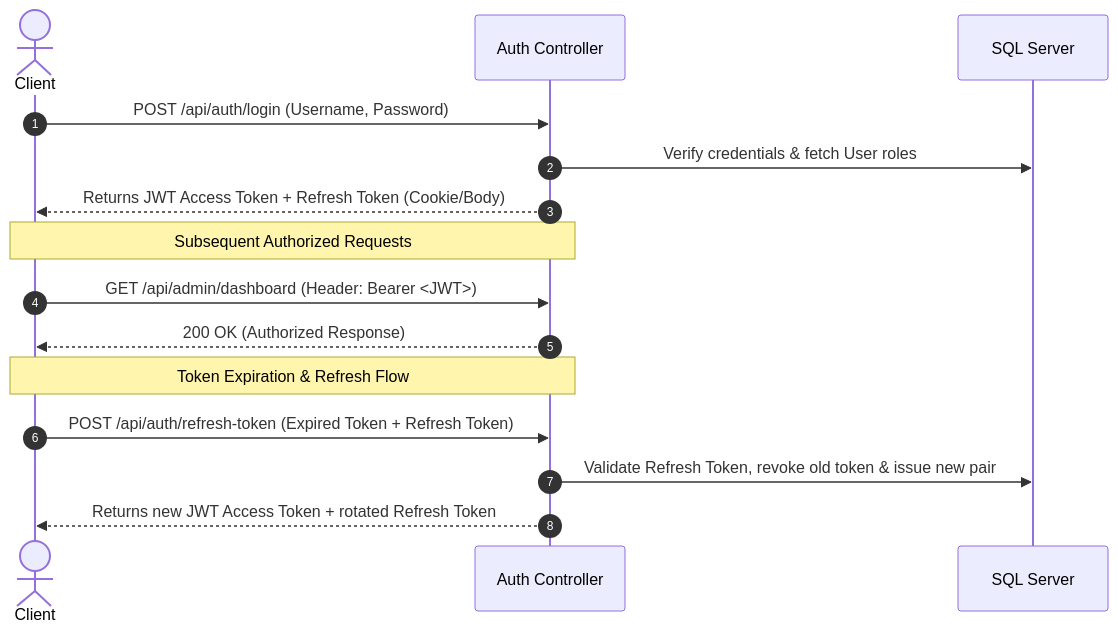
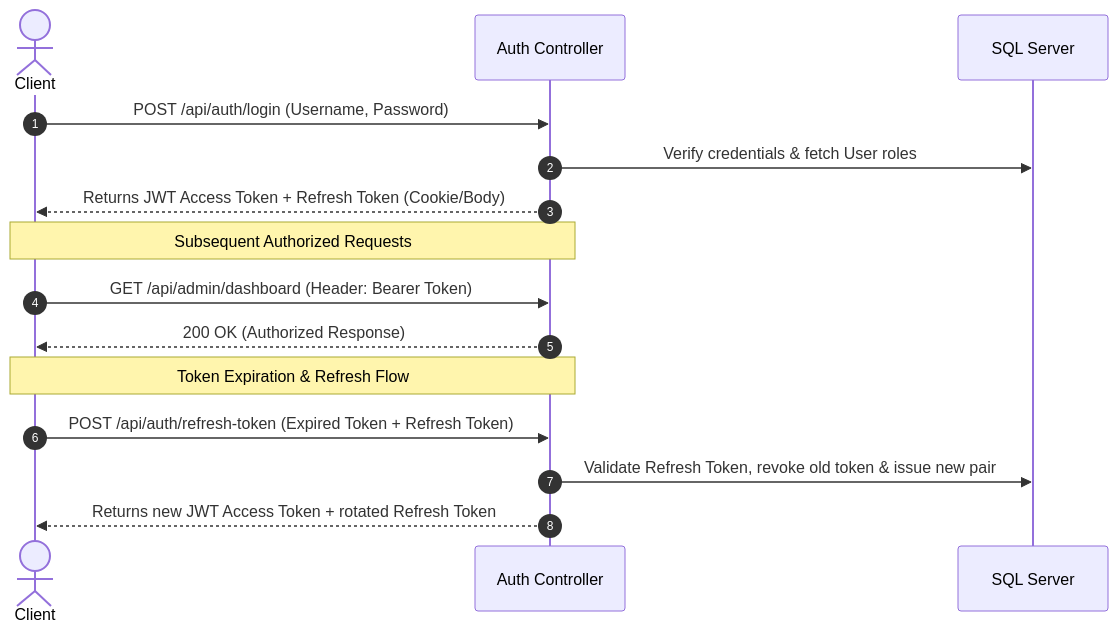
The third of 3 diagrams in README.md (Bhaviik-5202/ASP.NET_Core_Lab_Solutions), drawn with Mermaid before and after one commit. The commit also changed other lines of this file, not shown here.

Commit message:
Docs - Add Comprehensive Curriculum README and Architecture Roadmap

````diff
--- a/README.md
+++ b/README.md
@@ -228,20 +245,20 @@
 ```mermaid
 sequenceDiagram
     autonumber
     actor Client
     participant AuthAPI as Auth Controller
     participant DB as SQL Server
     
     Client->>AuthAPI: POST /api/auth/login (Username, Password)
     AuthAPI->>DB: Verify credentials & fetch User roles
     AuthAPI-->>Client: Returns JWT Access Token + Refresh Token (Cookie/Body)
     
     Note over Client,AuthAPI: Subsequent Authorized Requests
-    Client->>AuthAPI: GET /api/admin/dashboard (Header: Bearer <JWT>)
+    Client->>AuthAPI: GET /api/admin/dashboard (Header: Bearer Token)
     AuthAPI-->>Client: 200 OK (Authorized Response)
     
     Note over Client,AuthAPI: Token Expiration & Refresh Flow
     Client->>AuthAPI: POST /api/auth/refresh-token (Expired Token + Refresh Token)
     AuthAPI->>DB: Validate Refresh Token, revoke old token & issue new pair
     AuthAPI-->>Client: Returns new JWT Access Token + rotated Refresh Token
 ```
````
